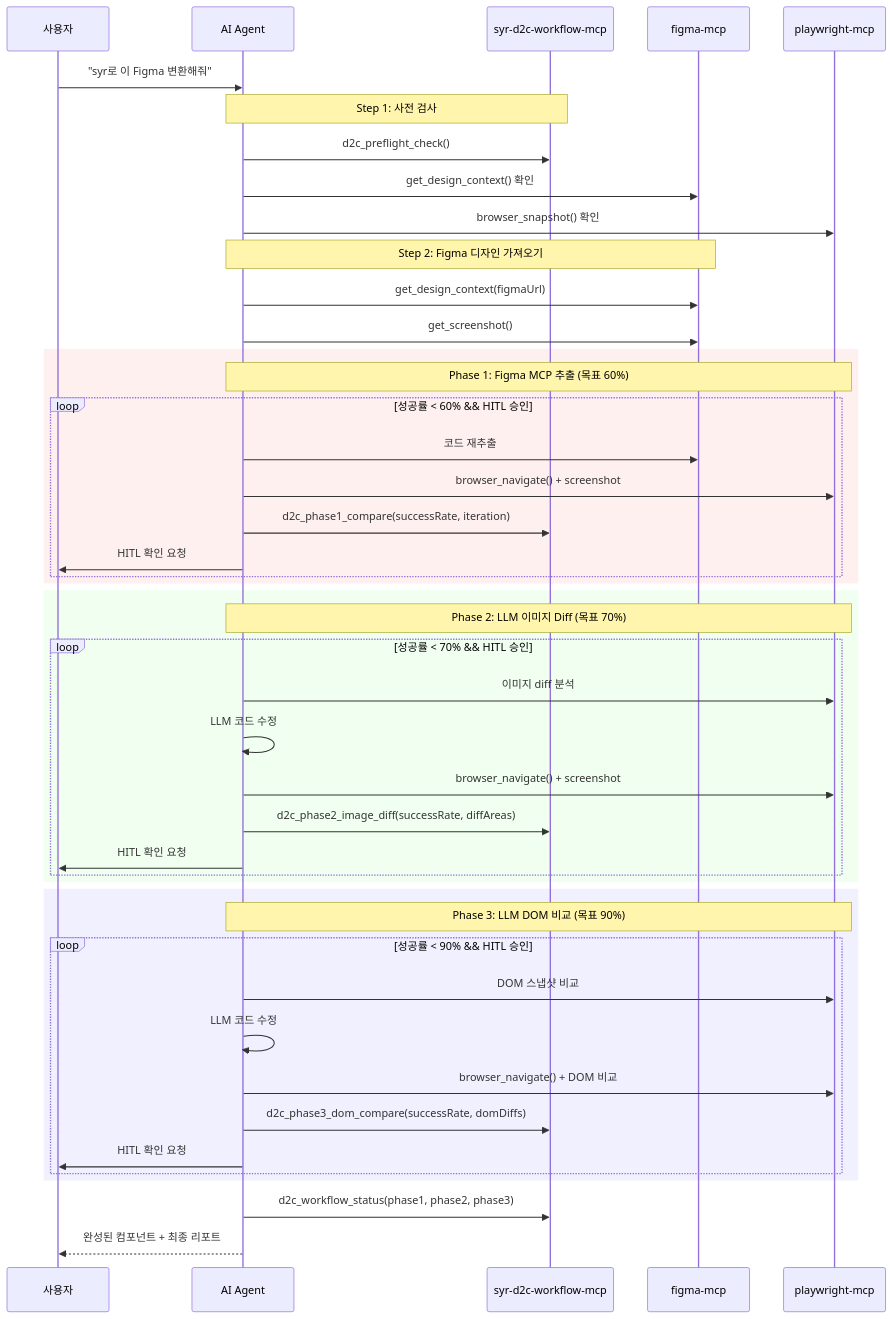
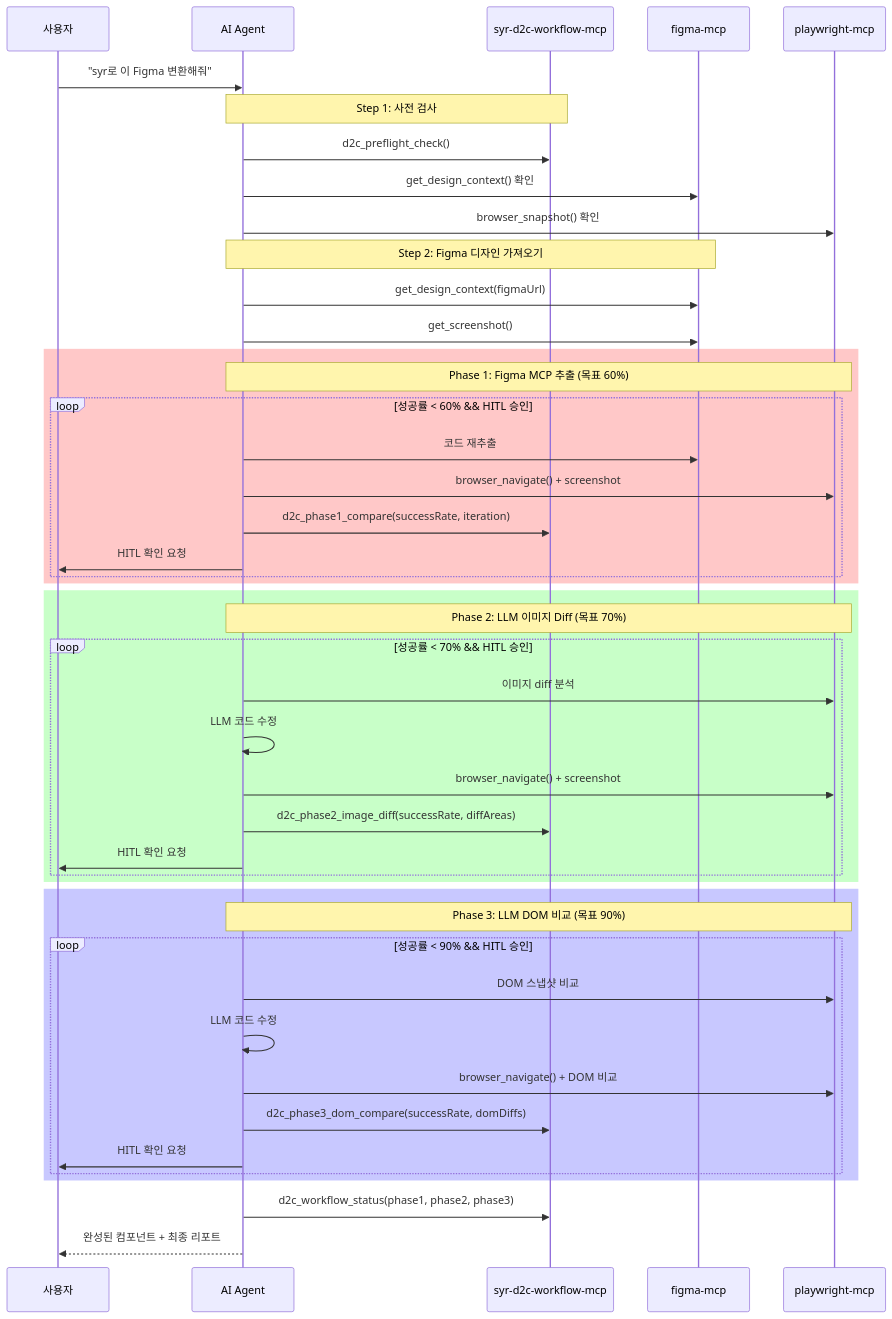
Before and after one commit to Mike-kor/syr-d2c-workflow-mcp: the second of 3 diagrams in README.md, drawn with Mermaid. The commit also changed other lines of this file, not shown here.

Commit message:
docs: README 현행화 및 시퀀스 다이어그램 색상 개선
- 기능 섹션에 3단계 Phase 시스템, OpenSpec 통합 추가
- 환경 변수에 D2C_PROJECT_ROOT 추가
- 시퀀스 다이어그램 Phase별 배경색 대비 향상
  - rgb(255,240,240) → rgb(255,200,200) Phase 1
  - rgb(240,255,240) → rgb(200,255,200) Phase 2
  - rgb(240,240,255) → rgb(200,200,255) Phase 3
- 버전 정보 업데이트 (v0.4.0 반영)

````diff
--- a/README.md
+++ b/README.md
@@ -229,54 +232,54 @@
 ```mermaid
 sequenceDiagram
     participant User as 사용자
     participant AI as AI Agent
     participant D2C as syr-d2c-workflow-mcp
     participant Figma as figma-mcp
     participant PW as playwright-mcp
 
     User->>AI: "syr로 이 Figma 변환해줘"
     
     Note over AI,D2C: Step 1: 사전 검사
     AI->>D2C: d2c_preflight_check()
     AI->>Figma: get_design_context() 확인
     AI->>PW: browser_snapshot() 확인
     
     Note over AI,Figma: Step 2: Figma 디자인 가져오기
     AI->>Figma: get_design_context(figmaUrl)
     AI->>Figma: get_screenshot()
     
-    rect rgb(255, 240, 240)
+    rect rgb(255, 200, 200)
         Note over AI,PW: Phase 1: Figma MCP 추출 (목표 60%)
         loop 성공률 < 60% && HITL 승인
             AI->>Figma: 코드 재추출
             AI->>PW: browser_navigate() + screenshot
             AI->>D2C: d2c_phase1_compare(successRate, iteration)
             AI->>User: HITL 확인 요청
         end
     end
     
-    rect rgb(240, 255, 240)
+    rect rgb(200, 255, 200)
         Note over AI,PW: Phase 2: LLM 이미지 Diff (목표 70%)
         loop 성공률 < 70% && HITL 승인
             AI->>PW: 이미지 diff 분석
             AI->>AI: LLM 코드 수정
             AI->>PW: browser_navigate() + screenshot
             AI->>D2C: d2c_phase2_image_diff(successRate, diffAreas)
             AI->>User: HITL 확인 요청
         end
     end
     
-    rect rgb(240, 240, 255)
+    rect rgb(200, 200, 255)
         Note over AI,PW: Phase 3: LLM DOM 비교 (목표 90%)
         loop 성공률 < 90% && HITL 승인
             AI->>PW: DOM 스냅샷 비교
             AI->>AI: LLM 코드 수정
             AI->>PW: browser_navigate() + DOM 비교
             AI->>D2C: d2c_phase3_dom_compare(successRate, domDiffs)
             AI->>User: HITL 확인 요청
         end
     end
     
     AI->>D2C: d2c_workflow_status(phase1, phase2, phase3)
     AI-->>User: 완성된 컴포넌트 + 최종 리포트
 ```
````
